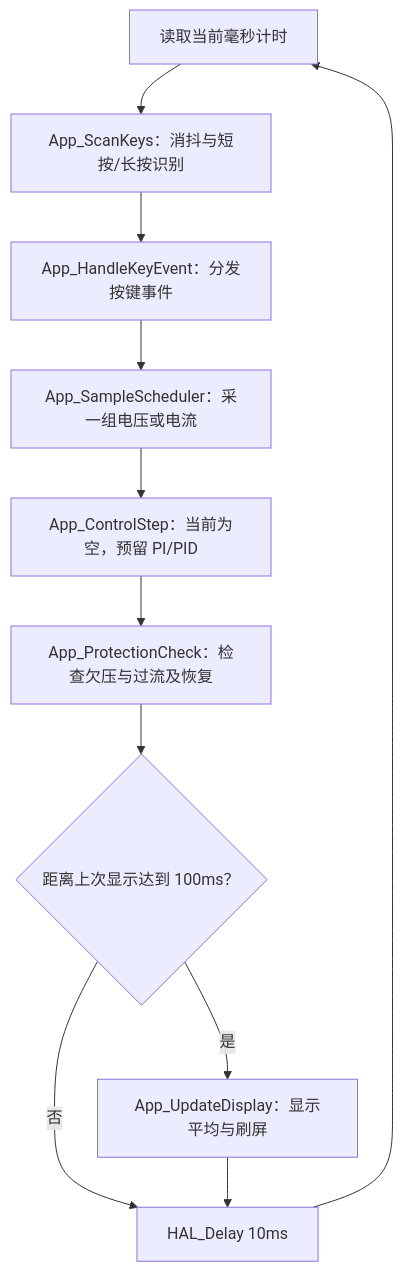
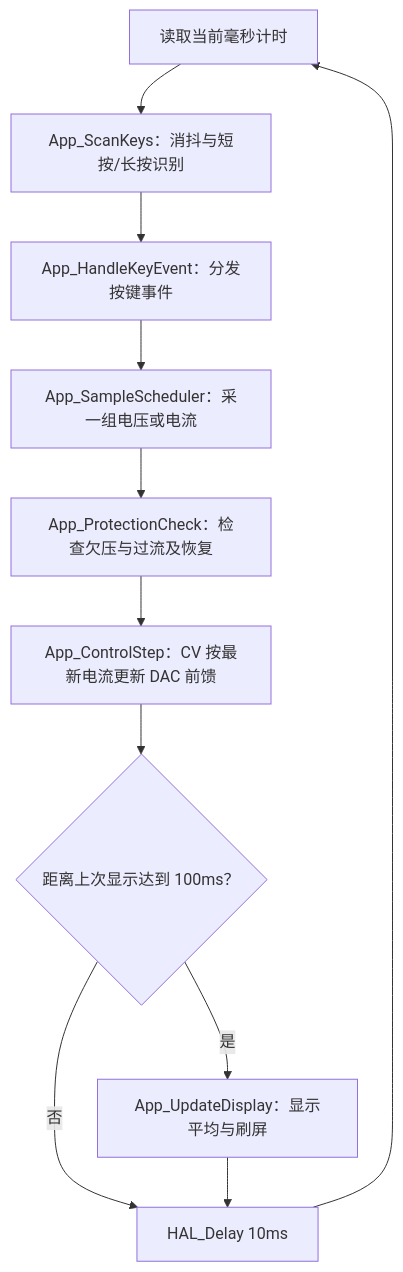
The second of 4 diagrams in README_程序流程.md (OhmDazzle/YLD_Cup), drawn with Mermaid before and after one commit. The commit also changed other lines of this file and 15 other files, not shown here.

````diff
--- a/README_程序流程.md
+++ b/README_程序流程.md
@@ -82,13 +82,13 @@
 ```mermaid
 flowchart TD
     A[读取当前毫秒计时] --> B[App_ScanKeys：消抖与短按/长按识别]
     B --> C[App_HandleKeyEvent：分发按键事件]
     C --> D[App_SampleScheduler：采一组电压或电流]
-    D --> E[App_ControlStep：当前为空，预留 PI/PID]
-    E --> F[App_ProtectionCheck：检查欠压与过流及恢复]
+    D --> E[App_ProtectionCheck：检查欠压与过流及恢复]
+    E --> F[App_ControlStep：CV 按最新电流更新 DAC 前馈]
     F --> G{距离上次显示达到 100ms？}
     G -->|是| H[App_UpdateDisplay：显示平均与刷屏]
     G -->|否| I[HAL_Delay 10ms]
     H --> I
     I --> A
 ```
````
